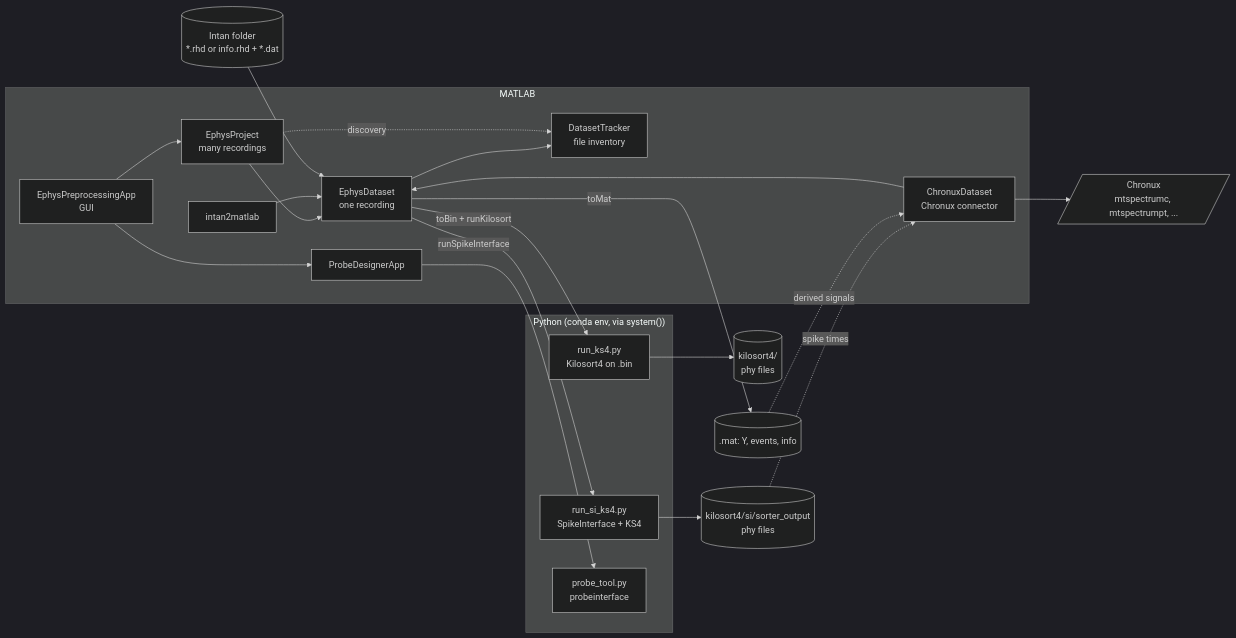
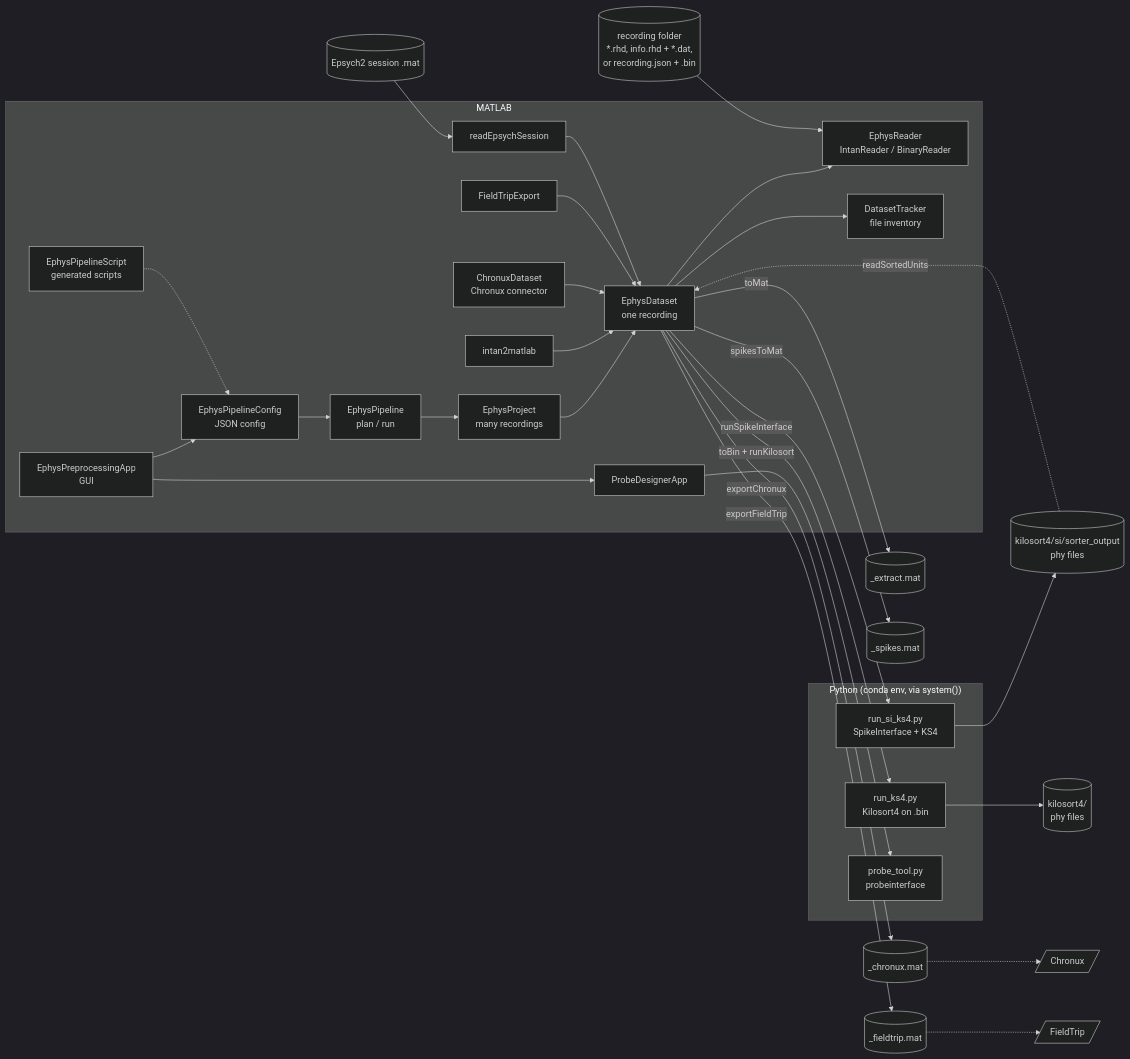
One commit to dstolz/ephys_analysis changed the diagram in documentation/README.md. Above: the diagram before and after it, drawn with Mermaid (dark theme). The commit also changed other lines of this file and 17 other files, not shown here.

````diff
--- a/documentation/README.md
+++ b/documentation/README.md
@@ -35,27 +38,36 @@
 ```mermaid
 flowchart LR
     subgraph MATLAB
-        APP[EphysPreprocessingApp<br/>GUI] --> PRJ[EphysProject<br/>many recordings]
+        APP[EphysPreprocessingApp<br/>GUI] --> CFG[EphysPipelineConfig<br/>JSON config]
+        CFG --> PIPE[EphysPipeline<br/>plan / run]
+        SCR[EphysPipelineScript<br/>generated scripts] -.-> CFG
         APP --> PDA[ProbeDesignerApp]
+        PIPE --> PRJ[EphysProject<br/>many recordings]
         PRJ --> DS[EphysDataset<br/>one recording]
+        DS --> RD[EphysReader<br/>IntanReader / BinaryReader]
         DS --> DT[DatasetTracker<br/>file inventory]
-        PRJ -. discovery .-> DT
         I2M[intan2matlab] --> DS
         CX[ChronuxDataset<br/>Chronux connector] --> DS
+        FT[FieldTripExport] --> DS
+        EP[readEpsychSession] --> DS
     end
     subgraph Python["Python (conda env, via system())"]
         SI[run_si_ks4.py<br/>SpikeInterface + KS4]
         KS[run_ks4.py<br/>Kilosort4 on .bin]
         PT[probe_tool.py<br/>probeinterface]
     end
-    RAW[(Intan folder<br/>*.rhd or info.rhd + *.dat)] --> DS
+    RAW[(recording folder<br/>*.rhd, info.rhd + *.dat,<br/>or recording.json + .bin)] --> RD
+    BEH[(Epsych2 session .mat)] --> EP
     DS -- runSpikeInterface --> SI
     DS -- toBin + runKilosort --> KS
     PDA --> PT
     SI --> OUT[(kilosort4/si/sorter_output<br/>phy files)]
     KS --> OUT2[(kilosort4/<br/>phy files)]
-    DS -- toMat --> MAT[(.mat: Y, events, info)]
-    OUT -. spike times .-> CX
-    MAT -. derived signals .-> CX
-    CX --> CHX[/Chronux<br/>mtspectrumc, mtspectrumpt, .../]
+    OUT -. readSortedUnits .-> DS
+    DS -- toMat --> MAT[(_extract.mat)]
+    DS -- spikesToMat --> SPK[(_spikes.mat)]
+    DS -- exportChronux --> CHX[(_chronux.mat)]
+    DS -- exportFieldTrip --> FTX[(_fieldtrip.mat)]
+    CHX -.-> CHRONUX[/Chronux/]
+    FTX -.-> FIELDTRIP[/FieldTrip/]
 ```
````
